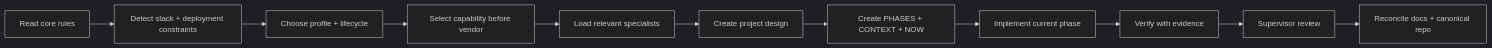
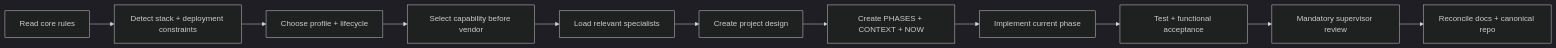
Before and after one commit to cloverhimself/engineering-handbook: the diagram in HANDBOOK.md, drawn with Mermaid (dark theme). The commit also changed other lines of this file, not shown here.

Commit message:
docs: wire functional acceptance into handbook flow

````diff
--- a/HANDBOOK.md
+++ b/HANDBOOK.md
@@ -86,13 +87,13 @@
 ```mermaid
 flowchart LR
     A[Read core rules] --> B[Detect stack + deployment constraints]
     B --> C[Choose profile + lifecycle]
     C --> D[Select capability before vendor]
     D --> E[Load relevant specialists]
     E --> F[Create project design]
     F --> G[Create PHASES + CONTEXT + NOW]
     G --> H[Implement current phase]
-    H --> I[Verify with evidence]
-    I --> J[Supervisor review]
+    H --> I[Test + functional acceptance]
+    I --> J[Mandatory supervisor review]
     J --> K[Reconcile docs + canonical repo]
 ```
````
